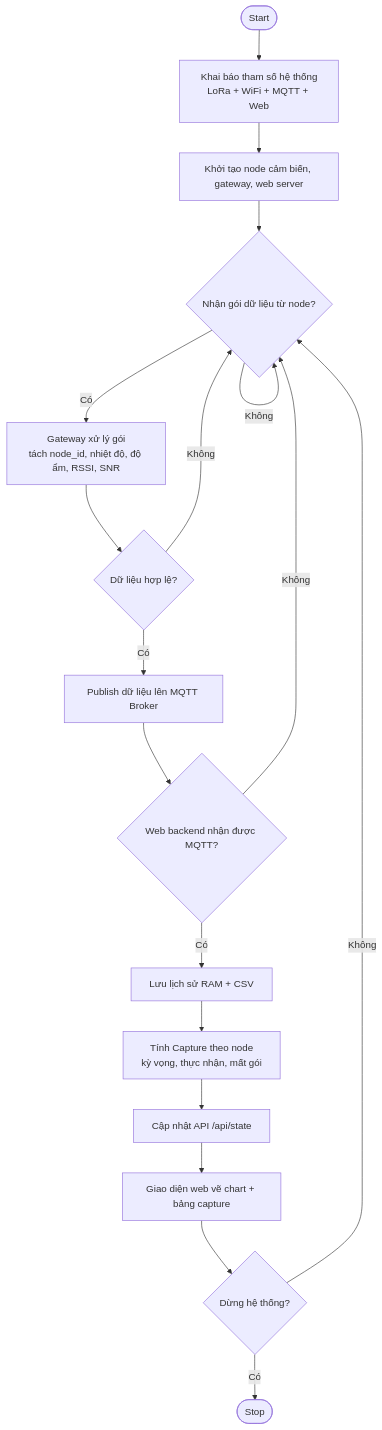
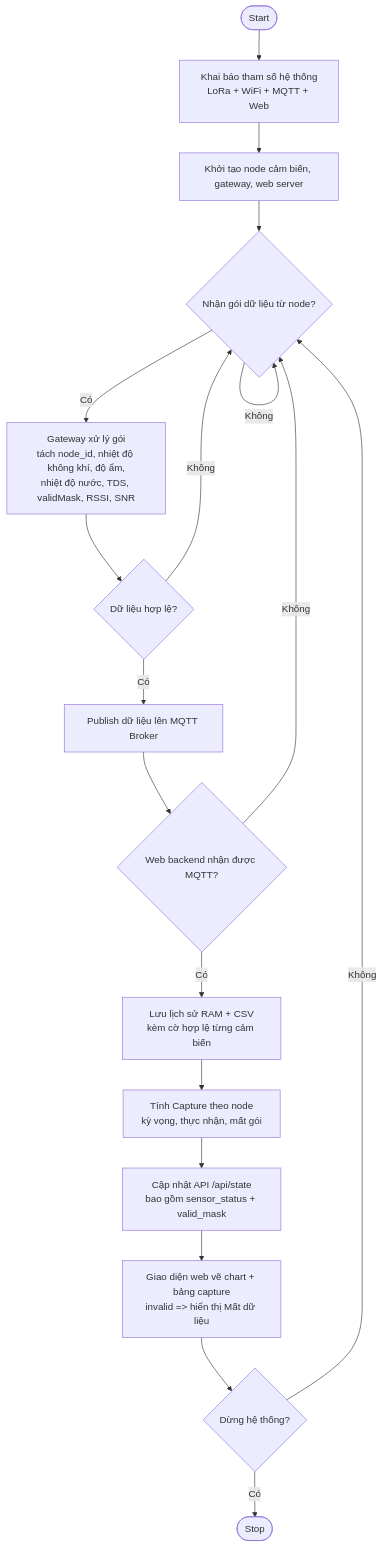
The diagram in SO_DO_3_LUONG_XU_LY.md (TUPM96/cambien), drawn with Mermaid before and after one commit. The commit also changed 11 other files, not shown here.

````diff
--- a/SO_DO_3_LUONG_XU_LY.md
+++ b/SO_DO_3_LUONG_XU_LY.md
@@ -3,25 +3,25 @@
 ```mermaid
 flowchart TD
     A([Start]) --> B[Khai báo tham số hệ thống<br/>LoRa + WiFi + MQTT + Web]
     B --> C[Khởi tạo node cảm biến, gateway, web server]
     C --> D{Nhận gói dữ liệu từ node?}
 
     D -- "Không" --> D
-    D -- "Có" --> E[Gateway xử lý gói<br/>tách node_id, nhiệt độ, độ ẩm, RSSI, SNR]
+    D -- "Có" --> E[Gateway xử lý gói<br/>tách node_id, nhiệt độ không khí, độ ẩm,<br/>nhiệt độ nước, TDS, validMask, RSSI, SNR]
 
     E --> F{Dữ liệu hợp lệ?}
     F -- "Không" --> D
     F -- "Có" --> G[Publish dữ liệu lên MQTT Broker]
 
     G --> H{Web backend nhận được MQTT?}
     H -- "Không" --> D
-    H -- "Có" --> I[Lưu lịch sử RAM + CSV]
+    H -- "Có" --> I[Lưu lịch sử RAM + CSV<br/>kèm cờ hợp lệ từng cảm biến]
 
     I --> J[Tính Capture theo node<br/>kỳ vọng, thực nhận, mất gói]
-    J --> K[Cập nhật API /api/state]
-    K --> L[Giao diện web vẽ chart + bảng capture]
+    J --> K[Cập nhật API /api/state<br/>bao gồm sensor_status + valid_mask]
+    K --> L[Giao diện web vẽ chart + bảng capture<br/>invalid => hiển thị Mất dữ liệu]
 
     L --> M{Dừng hệ thống?}
     M -- "Không" --> D
     M -- "Có" --> N([Stop])
 ```
````
